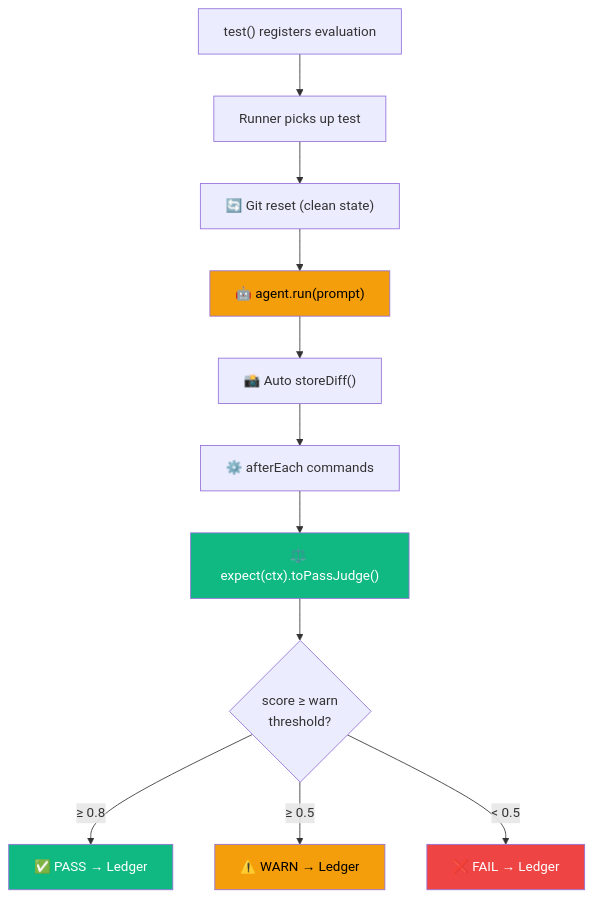
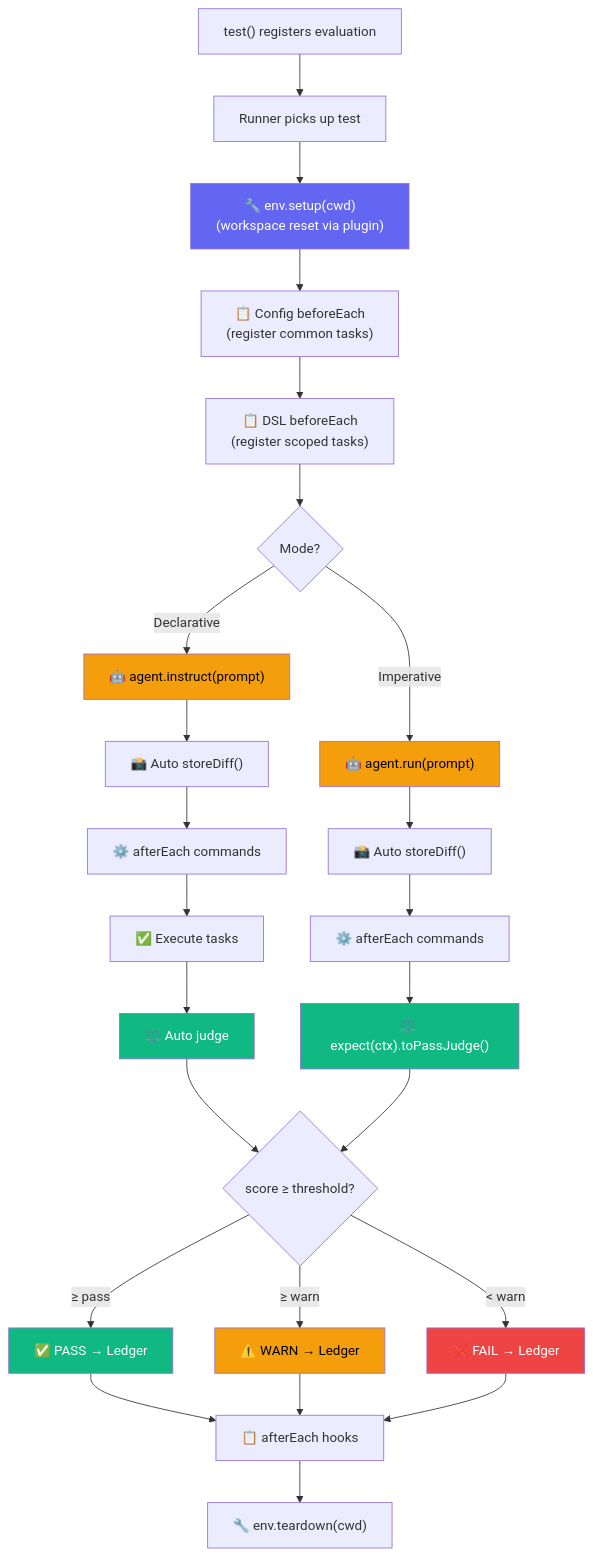
One commit to Tlahey/agent-eval changed the first of 4 diagrams in apps/docs/guide/writing-tests.md. Above: the diagram before and after it, drawn with Mermaid. The commit also changed other lines of this file and 5 other files, not shown here.

First line of the commit message:
docs: update lifecycle diagrams to reflect plugin-based architecture

````diff
--- a/apps/docs/guide/writing-tests.md
+++ b/apps/docs/guide/writing-tests.md
@@ -7,19 +7,35 @@
 ```mermaid
 flowchart TD
     A["test() registers evaluation"] --> B["Runner picks up test"]
-    B --> C["🔄 Git reset (clean state)"]
-    C --> D["🤖 agent.run(prompt)"]
-    D --> E["📸 Auto storeDiff()"]
-    E --> F["⚙️ afterEach commands"]
-    F --> G["⚖️ expect(ctx).toPassJudge()"]
-    G --> H{"score ≥ warn\nthreshold?"}
-    H -- "≥ 0.8" --> I["✅ PASS → Ledger"]
-    H -- "≥ 0.5" --> I2["⚠️ WARN → Ledger"]
-    H -- "< 0.5" --> J["❌ FAIL → Ledger"]
+    B --> B2["🔧 env.setup(cwd)\n(workspace reset via plugin)"]
+    B2 --> B3["📋 Config beforeEach\n(register common tasks)"]
+    B3 --> B4["📋 DSL beforeEach\n(register scoped tasks)"]
+    B4 --> C{"Mode?"}
+    C -- Declarative --> D1["🤖 agent.instruct(prompt)"]
+    D1 --> D2["📸 Auto storeDiff()"]
+    D2 --> D3["⚙️ afterEach commands"]
+    D3 --> D4["✅ Execute tasks"]
+    D4 --> D5["⚖️ Auto judge"]
+    C -- Imperative --> E1["🤖 agent.run(prompt)"]
+    E1 --> E2["📸 Auto storeDiff()"]
+    E2 --> E3["⚙️ afterEach commands"]
+    E3 --> E4["⚖️ expect(ctx).toPassJudge()"]
+    D5 --> F{"score ≥ threshold?"}
+    E4 --> F
+    F -- "≥ pass" --> G["✅ PASS → Ledger"]
+    F -- "≥ warn" --> G2["⚠️ WARN → Ledger"]
+    F -- "< warn" --> H["❌ FAIL → Ledger"]
+    G --> I["📋 afterEach hooks"]
+    G2 --> I
+    H --> I
+    I --> J["🔧 env.teardown(cwd)"]
 
-    style D fill:#f59e0b,color:#000
+    style B2 fill:#6366f1,color:#fff
+    style D1 fill:#f59e0b,color:#000
+    style E1 fill:#f59e0b,color:#000
+    style D5 fill:#10b981,color:#fff
+    style E4 fill:#10b981,color:#fff
     style G fill:#10b981,color:#fff
-    style I fill:#10b981,color:#fff
-    style I2 fill:#f59e0b,color:#000
-    style J fill:#ef4444,color:#fff
+    style G2 fill:#f59e0b,color:#000
+    style H fill:#ef4444,color:#fff
 ```
````
